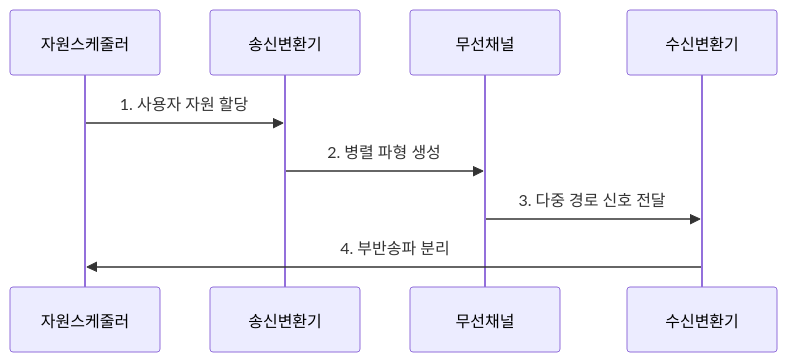
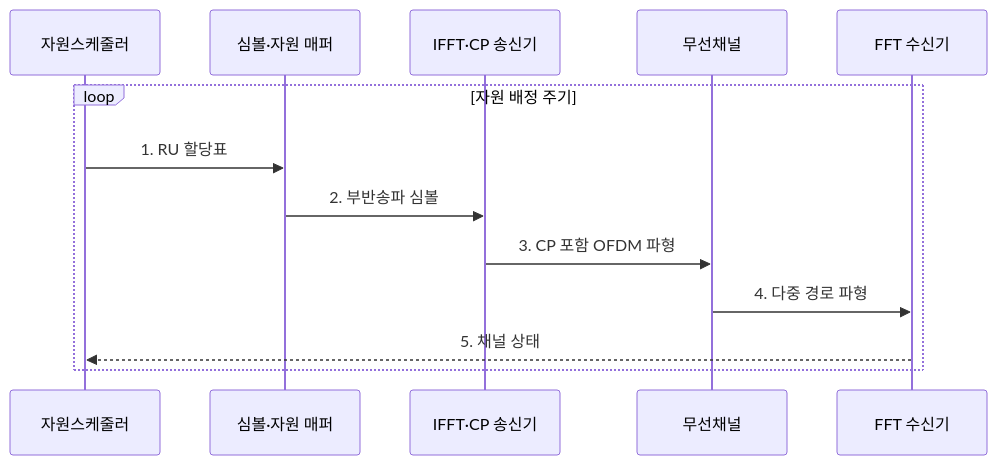
Before and after one commit to agnusdei1207/knowledge-base: the second of 2 diagrams in src/content/docs/notes/04-network/034_ofdm_ofdma.md, drawn with Mermaid. The commit also changed other lines of this file and 20 other files, not shown here.

````diff
--- a/src/content/docs/notes/04-network/034_ofdm_ofdma.md
+++ b/src/content/docs/notes/04-network/034_ofdm_ofdma.md
@@ -77,11 +81,15 @@
 ```mermaid
 sequenceDiagram
     participant 자원스케줄러
-    participant 송신변환기
+    participant 심볼자원매퍼 as 심볼·자원 매퍼
+    participant IFFTCP송신기 as IFFT·CP 송신기
     participant 무선채널
-    participant 수신변환기
-    자원스케줄러->>송신변환기: 1. 사용자 자원 할당
-    송신변환기->>무선채널: 2. 병렬 파형 생성
-    무선채널->>수신변환기: 3. 다중 경로 신호 전달
-    수신변환기->>자원스케줄러: 4. 부반송파 분리
+    participant FFT수신기 as FFT 수신기
+    loop 자원 배정 주기
+        자원스케줄러->>심볼자원매퍼: 1. RU 할당표
+        심볼자원매퍼->>IFFTCP송신기: 2. 부반송파 심볼
+        IFFTCP송신기->>무선채널: 3. CP 포함 OFDM 파형
+        무선채널->>FFT수신기: 4. 다중 경로 파형
+        FFT수신기-->>자원스케줄러: 5. 채널 상태
+    end
 ```
````
